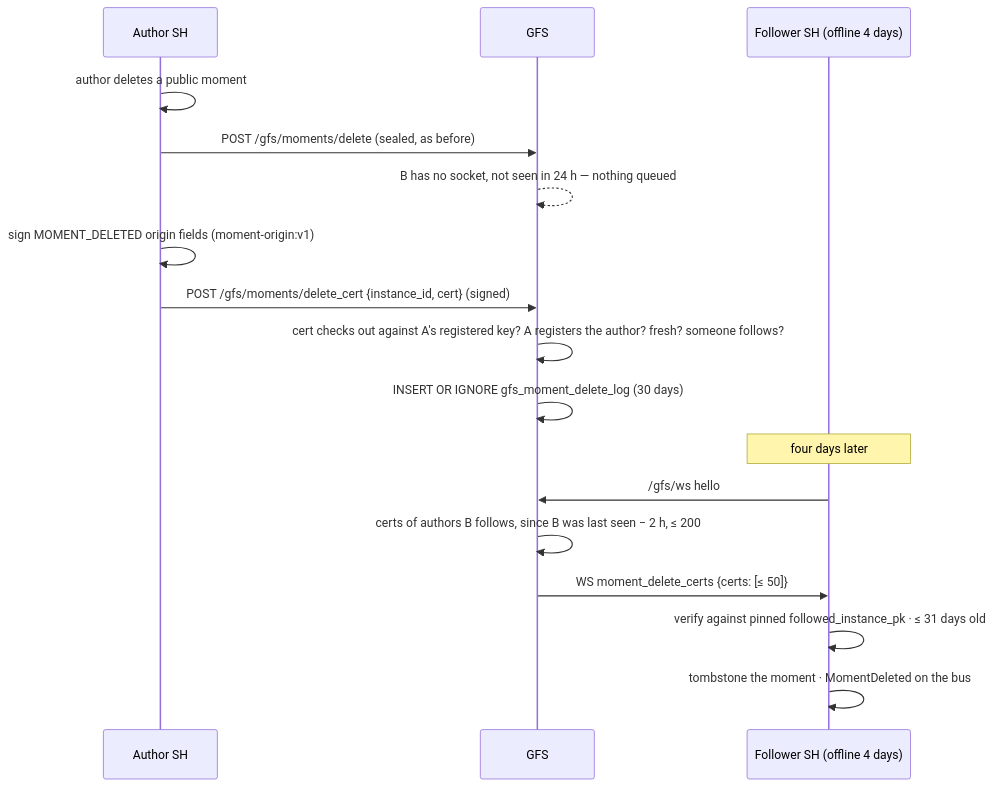
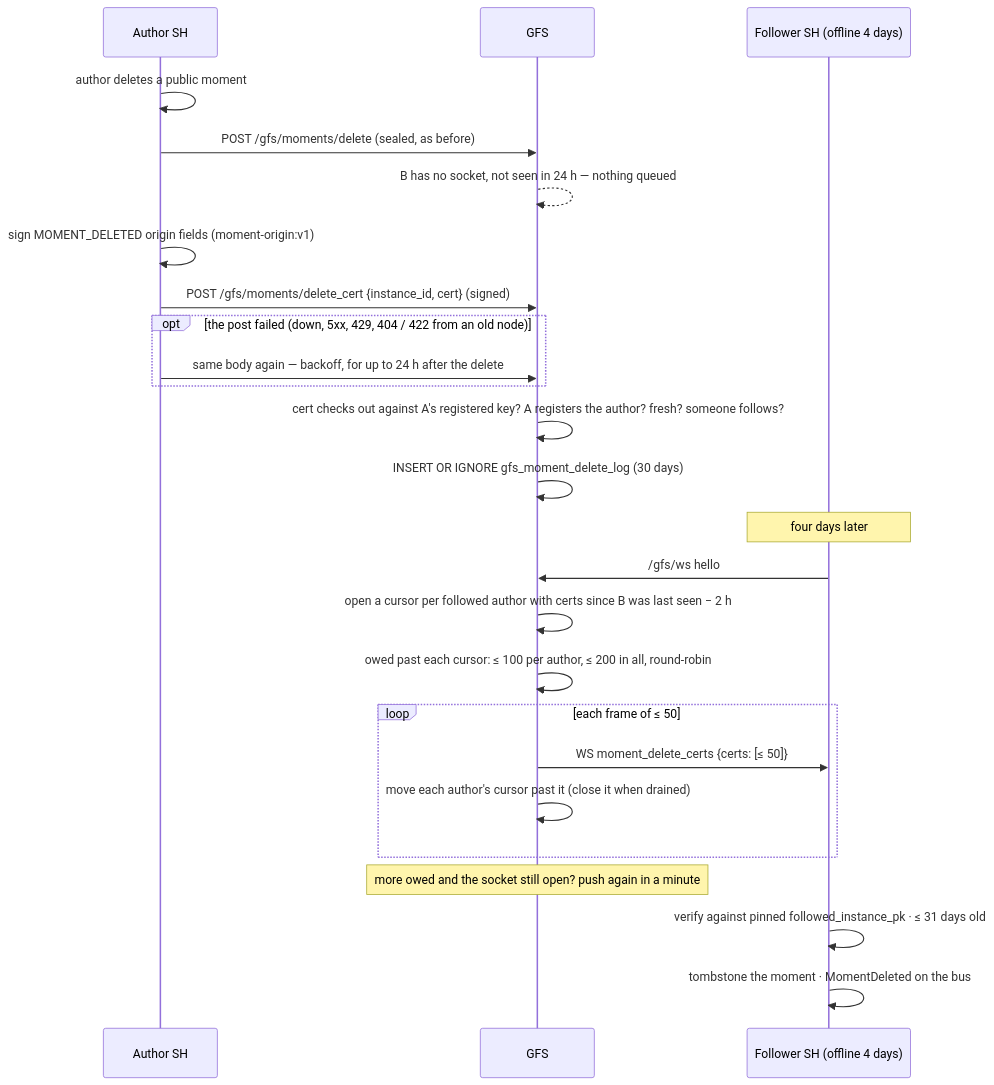
The first of 7 diagrams in docs/protocol/momentum_public.md (social-home-io/socialhome), drawn with Mermaid before and after one commit. The commit also changed other lines of this file and 33 other files, not shown here.

````diff
--- a/docs/protocol/momentum_public.md
+++ b/docs/protocol/momentum_public.md
@@ -303,20 +323,28 @@
 ```mermaid
 sequenceDiagram
   participant A as Author SH
   participant G as GFS
   participant B as Follower SH (offline 4 days)
 
   A->>A: author deletes a public moment
   A->>G: POST /gfs/moments/delete (sealed, as before)
   G-->>G: B has no socket, not seen in 24 h — nothing queued
   A->>A: sign MOMENT_DELETED origin fields (moment-origin:v1)
   A->>G: POST /gfs/moments/delete_cert {instance_id, cert} (signed)
+  opt the post failed (down, 5xx, 429, 404 / 422 from an old node)
+    A->>G: same body again — backoff, for up to 24 h after the delete
+  end
   G->>G: cert checks out against A's registered key? A registers the author? fresh? someone follows?
   G->>G: INSERT OR IGNORE gfs_moment_delete_log (30 days)
   Note over B: four days later
   B->>G: /gfs/ws hello
-  G->>G: certs of authors B follows, since B was last seen − 2 h, ≤ 200
-  G->>B: WS moment_delete_certs {certs: [≤ 50]}
+  G->>G: open a cursor per followed author with certs since B was last seen − 2 h
+  G->>G: owed past each cursor: ≤ 100 per author, ≤ 200 in all, round-robin
+  loop each frame of ≤ 50
+    G->>B: WS moment_delete_certs {certs: [≤ 50]}
+    G->>G: move each author's cursor past it (close it when drained)
+  end
+  Note over G: more owed and the socket still open? push again in a minute
   B->>B: verify against pinned followed_instance_pk · ≤ 31 days old
   B->>B: tombstone the moment · MomentDeleted on the bus
 ```
````
